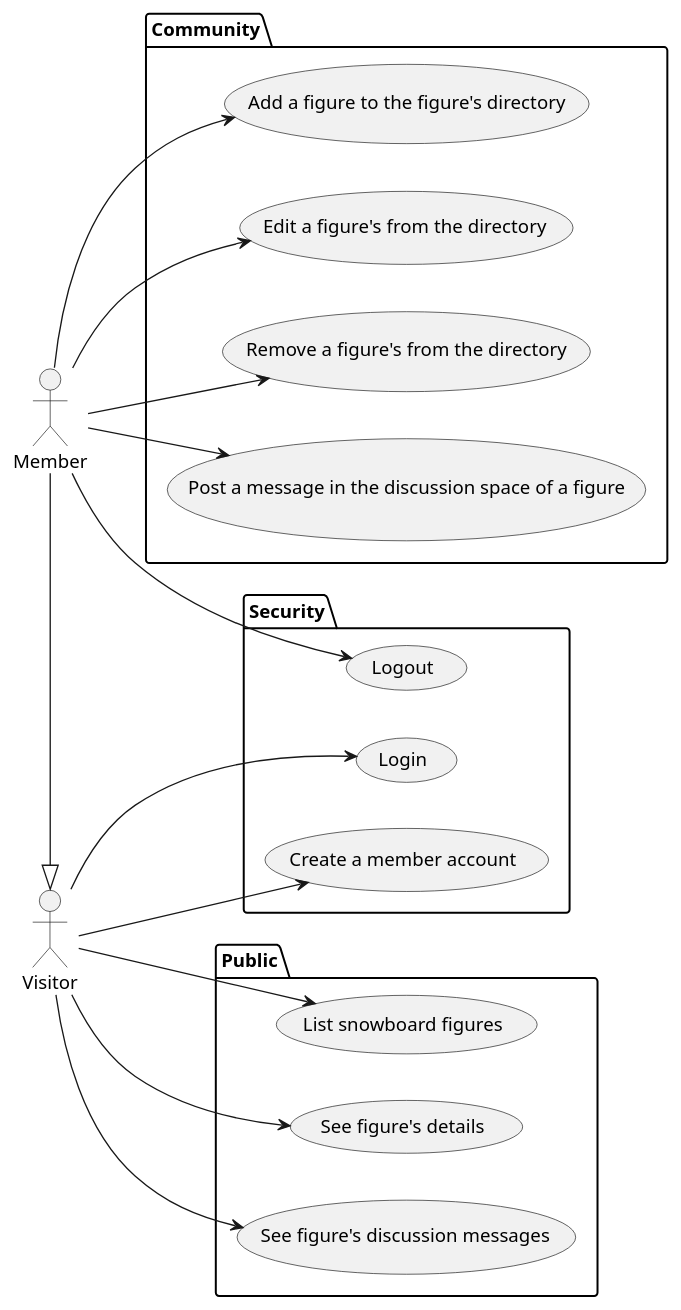
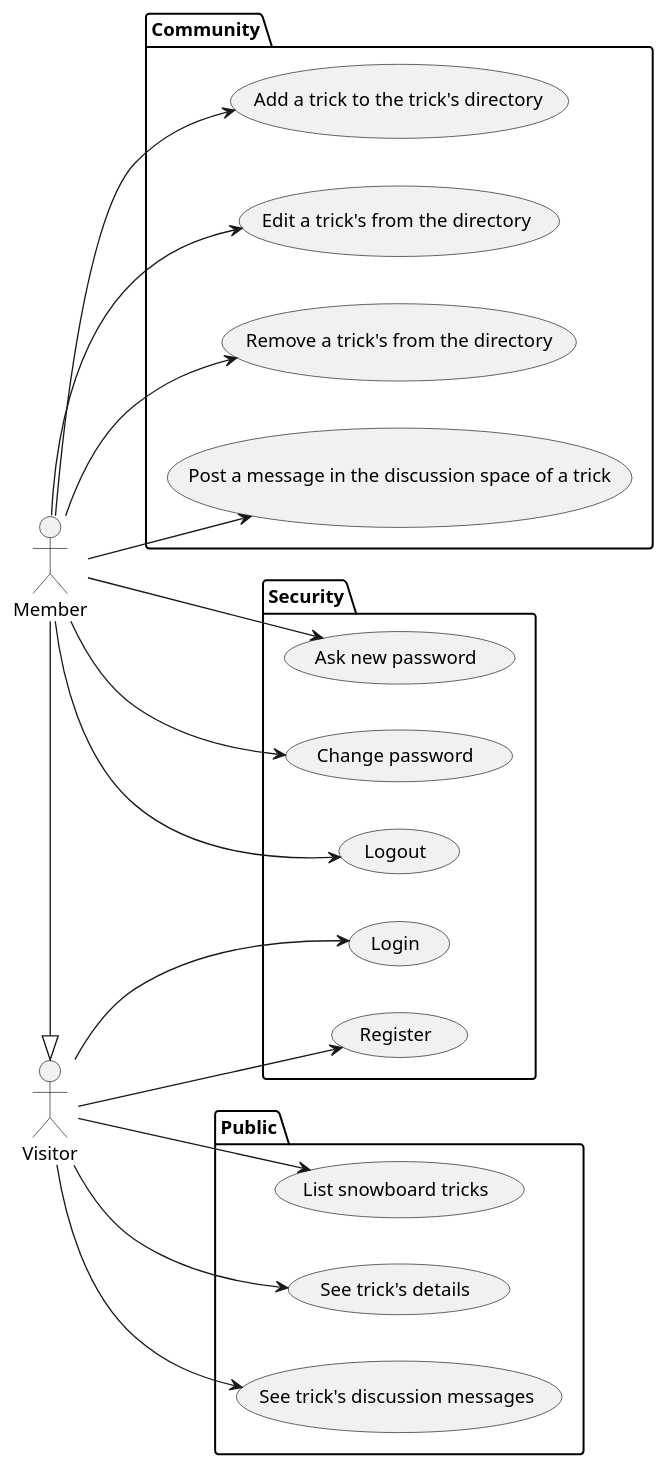
The diagram in doc/diagramms/use-cases.puml (AlexandreGerault/snowtricks), drawn with PlantUML before and after one commit. The commit also changed 2 other files, not shown here.

Commit message:
doc(tricks): add register trick sequence UML

```diff
--- a/doc/diagramms/use-cases.puml
+++ b/doc/diagramms/use-cases.puml
@@ -1,40 +1,45 @@
 @startuml
 'https://plantuml.com/use-case-diagram
 left to right direction
 
 :Visitor:
 :Member:
 
 Member -|> Visitor
 
 package Security {
     usecase "Login" as Login
-    usecase "Create a member account" as Register
+    usecase "Register" as Register
     usecase "Logout" as Logout
+    usecase "Ask new password" as AskNewPassword
+    usecase "Change password" as ChangePassword
 }
 
 package Community {
-    usecase "Add a figure to the figure's directory" as FigureCreate
-    usecase "Edit a figure's from the directory" as FigureEdit
-    usecase "Remove a figure's from the directory" as FigureDelete
-    usecase "Post a message in the discussion space of a figure" as FigureMessageCreate
+    usecase "Add a trick to the trick's directory" as FigureCreate
+    usecase "Edit a trick's from the directory" as FigureEdit
+    usecase "Remove a trick's from the directory" as FigureDelete
+    usecase "Post a message in the discussion space of a trick" as FigureMessageCreate
 }
 
 package Public {
-    usecase "List snowboard figures" as FiguresIndex
-    usecase "See figure's details" as FiguresShow
-    usecase "See figure's discussion messages" as FiguresReadMessages
+    usecase "List snowboard tricks" as FiguresIndex
+    usecase "See trick's details" as FiguresShow
+    usecase "See trick's discussion messages" as FiguresReadMessages
 }
 
 Visitor --> FiguresIndex
 Visitor --> FiguresShow
 Visitor --> FiguresReadMessages
 Visitor --> Login
 Visitor --> Register
 
 Member --> Logout
 Member --> FigureCreate
 Member --> FigureEdit
 Member --> FigureDelete
 Member --> FigureMessageCreate
+Member --> AskNewPassword
+Member --> ChangePassword
+
 @enduml
```
